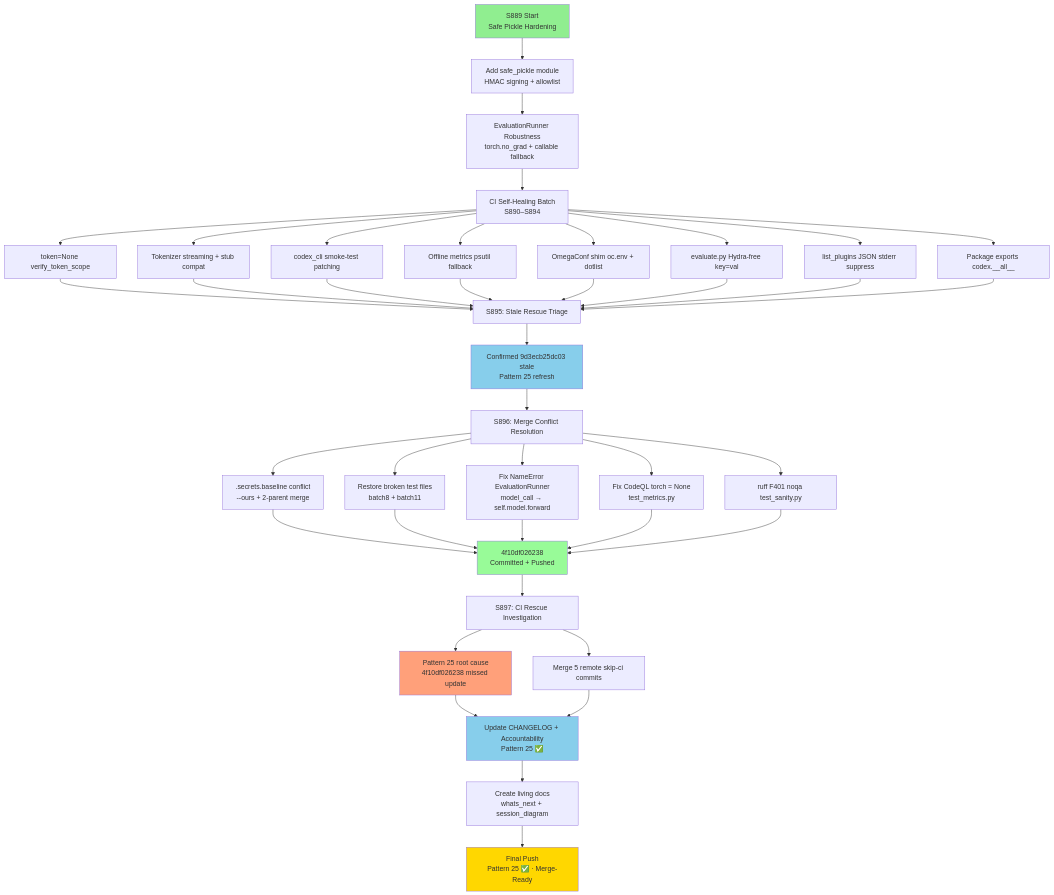
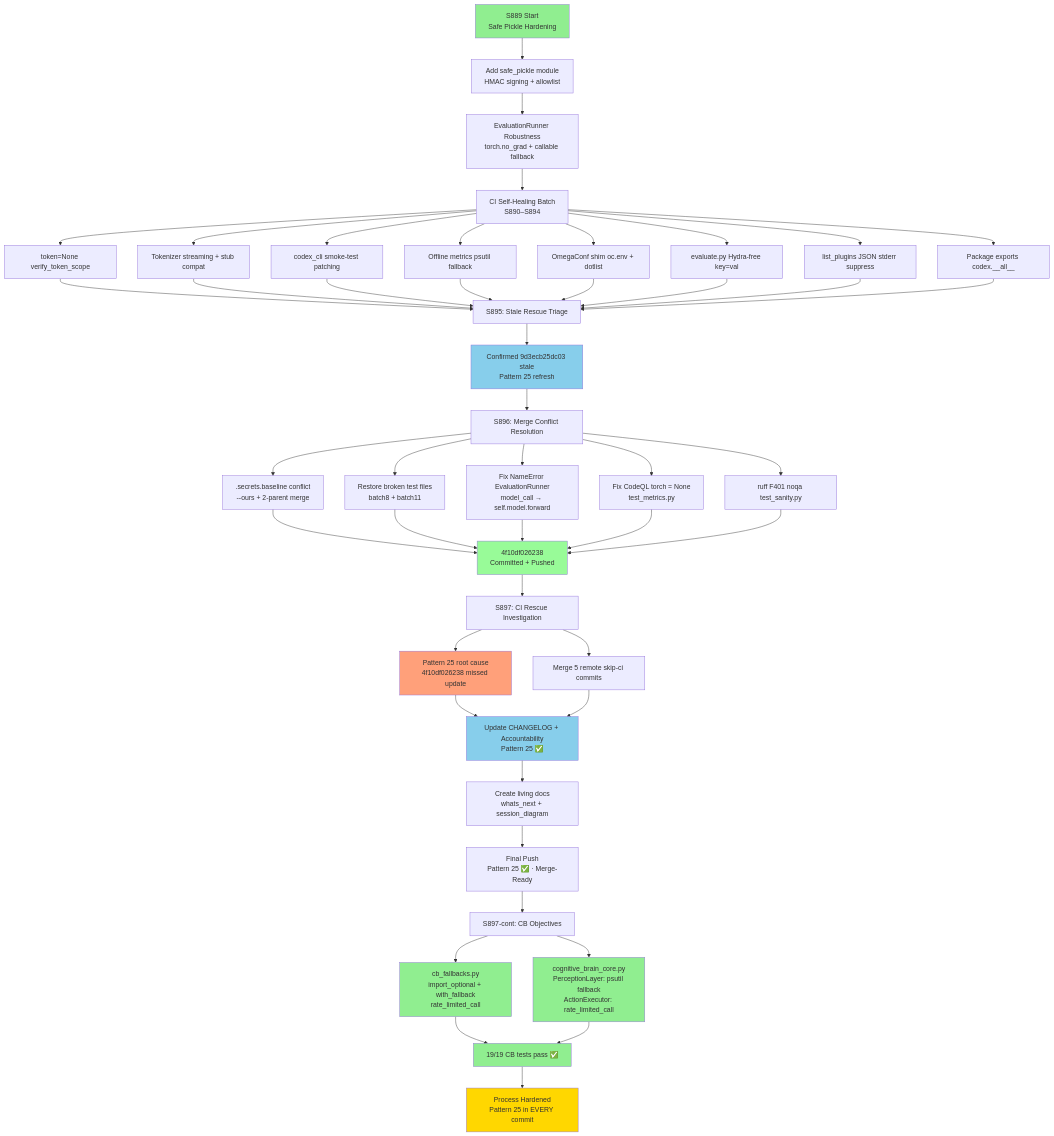
Before and after one commit to Aries-Serpent/_codex_: the diagram in docs/sessions/PR4368_session_diagram.md, drawn with Mermaid. The commit also changed 7 other files, not shown here.

First line of the commit message:
feat(S897-CB): CB shared fallback helpers + rate-limit orchestration; harden Pattern 25 commit discipline; update all living docs

````diff
--- a/docs/sessions/PR4368_session_diagram.md
+++ b/docs/sessions/PR4368_session_diagram.md
@@ -12,41 +12,49 @@
 ```mermaid
 graph TD
     A[S889 Start<br/>Safe Pickle Hardening] --> B[Add safe_pickle module<br/>HMAC signing + allowlist]
     B --> C[EvaluationRunner Robustness<br/>torch.no_grad + callable fallback]
     C --> D[CI Self-Healing Batch<br/>S890–S894]
 
     D --> E[token=None verify_token_scope]
     D --> F[Tokenizer streaming + stub compat]
     D --> G[codex_cli smoke-test patching]
     D --> H[Offline metrics psutil fallback]
     D --> I[OmegaConf shim oc.env + dotlist]
     D --> J[evaluate.py Hydra-free key=val]
     D --> K[list_plugins JSON stderr suppress]
     D --> L[Package exports codex.__all__]
 
     E & F & G & H & I & J & K & L --> M[S895: Stale Rescue Triage]
     M --> N[Confirmed 9d3ecb25dc03 stale<br/>Pattern 25 refresh]
 
     N --> O[S896: Merge Conflict Resolution]
     O --> P[.secrets.baseline conflict<br/>--ours + 2-parent merge]
     O --> Q[Restore broken test files<br/>batch8 + batch11]
     O --> R[Fix NameError EvaluationRunner<br/>model_call → self.model.forward]
     O --> S[Fix CodeQL torch = None<br/>test_metrics.py]
     O --> T[ruff F401 noqa test_sanity.py]
 
     P & Q & R & S & T --> U[4f10df026238<br/>Committed + Pushed]
 
     U --> V[S897: CI Rescue Investigation]
     V --> W[Pattern 25 root cause<br/>4f10df026238 missed update]
     V --> X[Merge 5 remote skip-ci commits]
     W & X --> Y[Update CHANGELOG + Accountability<br/>Pattern 25 ✅]
     Y --> Z[Create living docs<br/>whats_next + session_diagram]
     Z --> AA[Final Push<br/>Pattern 25 ✅ · Merge-Ready]
+    AA --> AB[S897-cont: CB Objectives]
+    AB --> AC[cb_fallbacks.py<br/>import_optional + with_fallback<br/>rate_limited_call]
+    AB --> AD[cognitive_brain_core.py<br/>PerceptionLayer: psutil fallback<br/>ActionExecutor: rate_limited_call]
+    AC & AD --> AE[19/19 CB tests pass ✅]
+    AE --> AF[Process Hardened<br/>Pattern 25 in EVERY commit]
 
     style A fill:#90EE90
-    style AA fill:#FFD700
+    style AF fill:#FFD700
     style U fill:#98FB98
     style N fill:#87CEEB
     style Y fill:#87CEEB
     style W fill:#FFA07A
+    style AC fill:#90EE90
+    style AD fill:#90EE90
+    style AE fill:#90EE90
 ```
````
